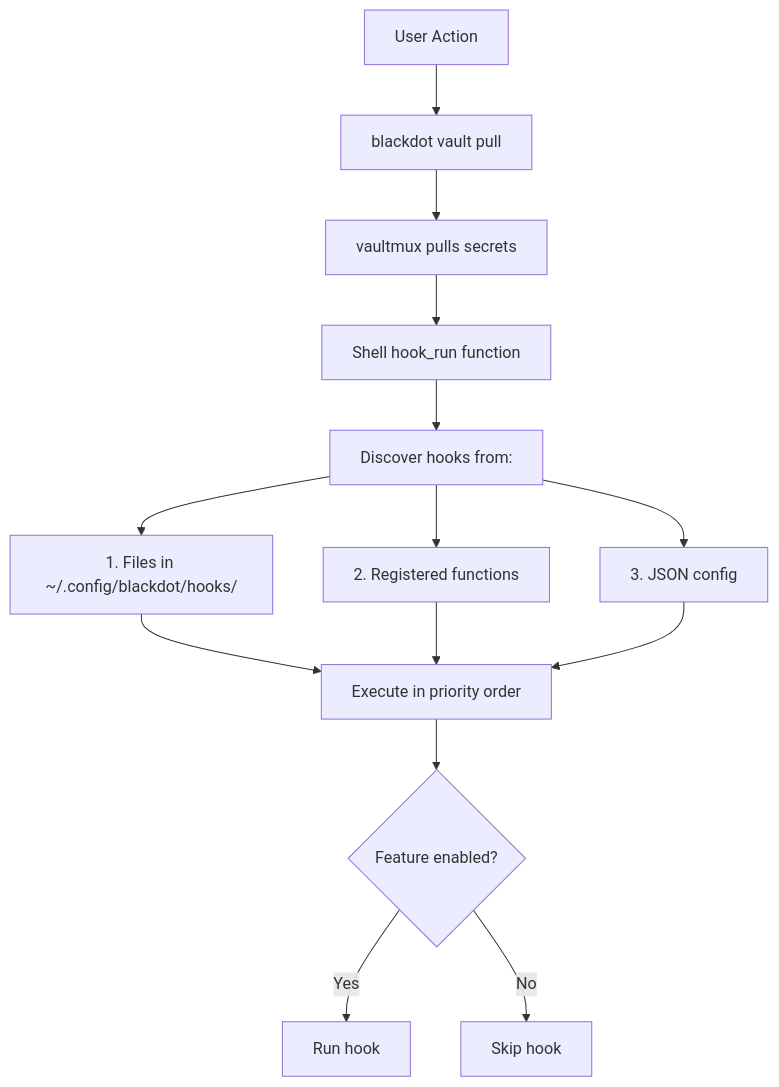
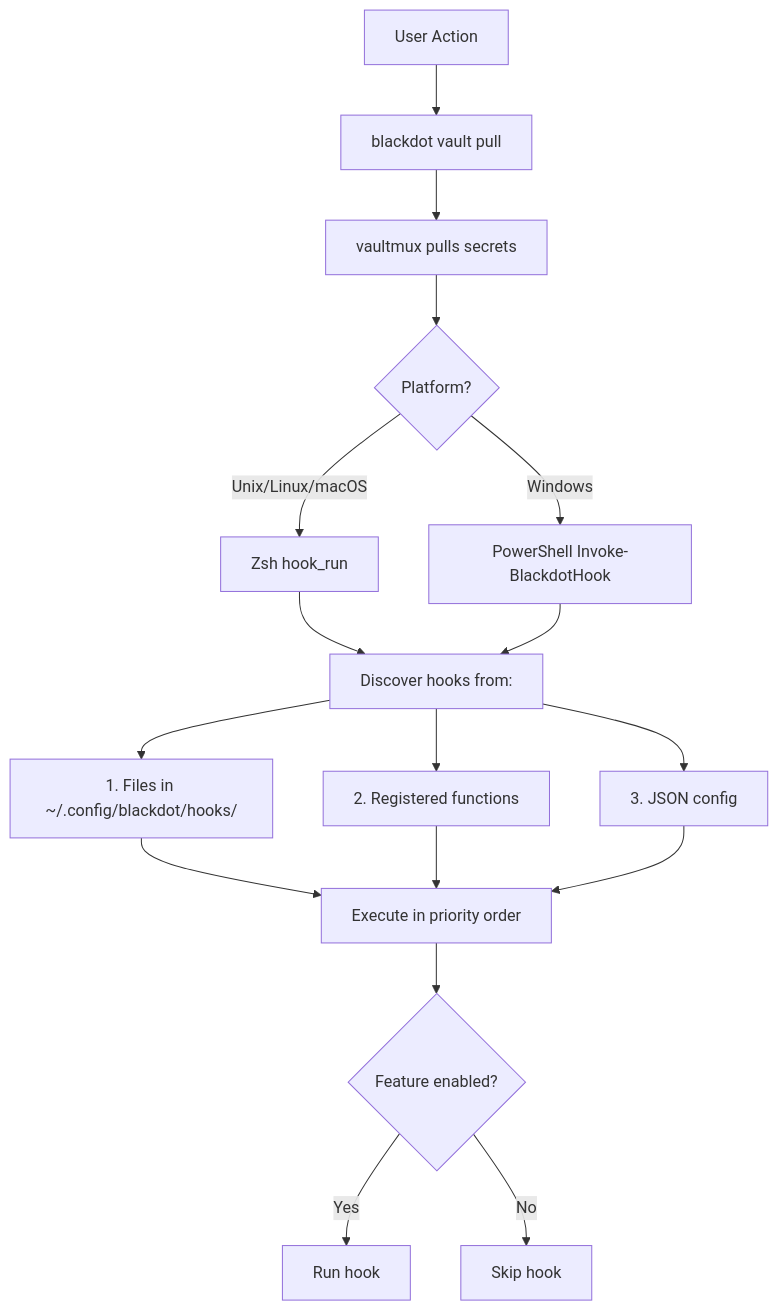
The diagram in docs/hooks.md (blackwell-systems/blackdot), drawn with Mermaid before and after one commit. The commit also changed other lines of this file, not shown here.

First line of the commit message:
docs: Add comprehensive PowerShell hook documentation

````diff
--- a/docs/hooks.md
+++ b/docs/hooks.md
@@ -41,16 +73,22 @@
 ```mermaid
 graph TB
     User[User Action] --> CLI[blackdot vault pull]
     CLI --> VMux[vaultmux pulls secrets]
-    VMux --> Runtime[Shell hook_run function]
-    Runtime --> Discover[Discover hooks from:]
+    VMux --> Platform{Platform?}
+
+    Platform -->|Unix/Linux/macOS| ZshRuntime[Zsh hook_run]
+    Platform -->|Windows| PSRuntime[PowerShell Invoke-BlackdotHook]
+
+    ZshRuntime --> Discover[Discover hooks from:]
+    PSRuntime --> Discover
+
     Discover --> F[1. Files in ~/.config/blackdot/hooks/]
     Discover --> R[2. Registered functions]
     Discover --> J[3. JSON config]
     F --> Exec[Execute in priority order]
     R --> Exec
     J --> Exec
     Exec --> Feature{Feature enabled?}
     Feature -->|Yes| Run[Run hook]
     Feature -->|No| Skip[Skip hook]
 ```
````
